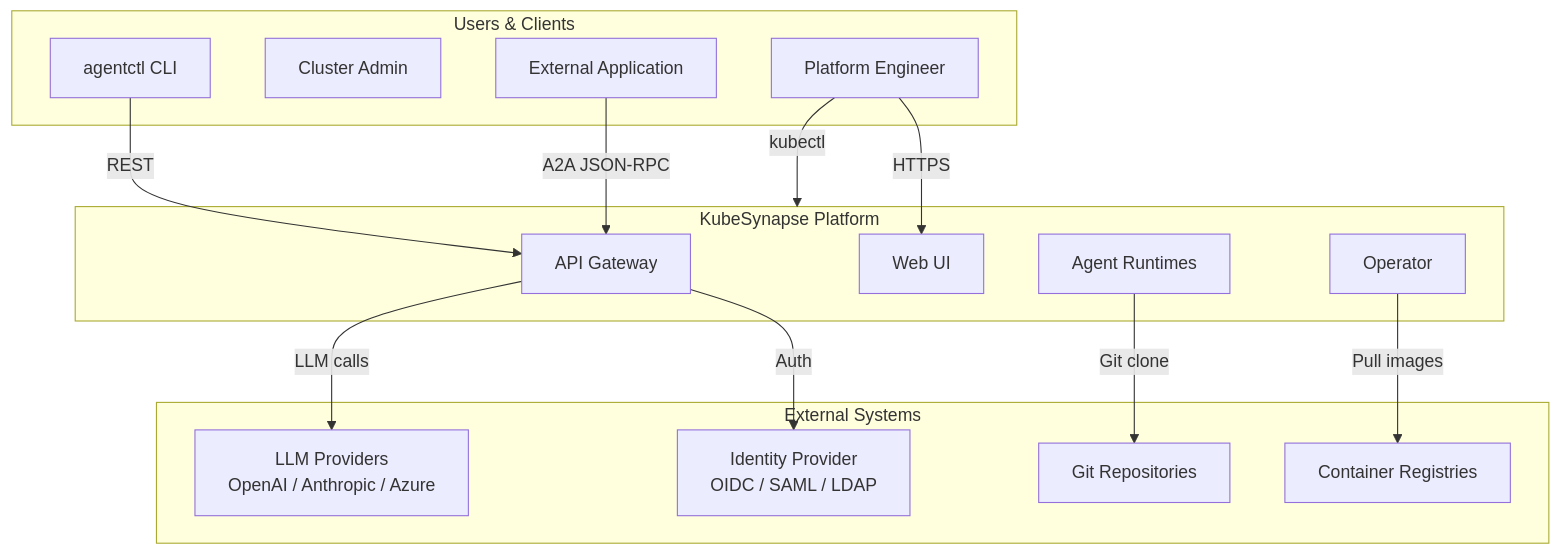
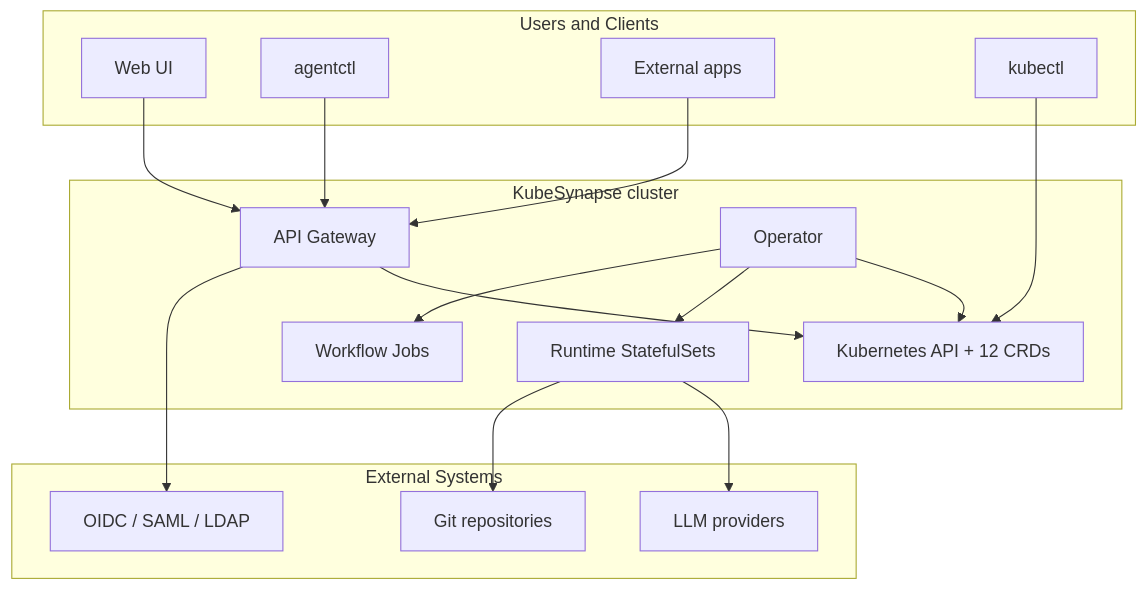
The first of 5 diagrams in docs/architecture.md (ykbytes/kubesynapse.ai), drawn with Mermaid before and after one commit. The commit also changed other lines of this file and 86 other files, not shown here.

````diff
--- a/docs/architecture.md
+++ b/docs/architecture.md
@@ -25,32 +28,36 @@
 ```mermaid
 flowchart TB
-    subgraph External["External Systems"]
-        LLM[LLM Providers<br/>OpenAI / Anthropic / Azure]
-        IdP[Identity Provider<br/>OIDC / SAML / LDAP]
-        Git[Git Repositories]
-        Registry[Container Registries]
+    subgraph Clients["Users and Clients"]
+        UI[Web UI]
+        CLI[agentctl]
+        APP[External apps]
+        KCTL[kubectl]
     end
 
-    subgraph Users["Users & Clients"]
-        Dev[Platform Engineer]
-        Admin[Cluster Admin]
-        App[External Application]
-        CLI[agentctl CLI]
+    subgraph External["External Systems"]
+        LLM[LLM providers]
+        IDP[OIDC / SAML / LDAP]
+        GIT[Git repositories]
     end
 
-    subgraph KubeSynapse["KubeSynapse Platform"]
+    subgraph Cluster["KubeSynapse cluster"]
+        K8S[Kubernetes API + 12 CRDs]
         GW[API Gateway]
-        UI[Web UI]
         OP[Operator]
-        RT[Agent Runtimes]
+        RT[Runtime StatefulSets]
+        JOB[Workflow Jobs]
     end
 
-    Dev -->|HTTPS| UI
-    Dev -->|kubectl| KubeSynapse
-    CLI -->|REST| GW
-    App -->|A2A JSON-RPC| GW
-    GW -->|LLM calls| LLM
-    GW -->|Auth| IdP
-    RT -->|Git clone| Git
-    OP -->|Pull images| Registry
+    UI --> GW
+    CLI --> GW
+    APP --> GW
+    KCTL --> K8S
+
+    GW --> K8S
+    GW --> IDP
+    OP --> K8S
+    OP --> RT
+    OP --> JOB
+    RT --> LLM
+    RT --> GIT
 ```
````
